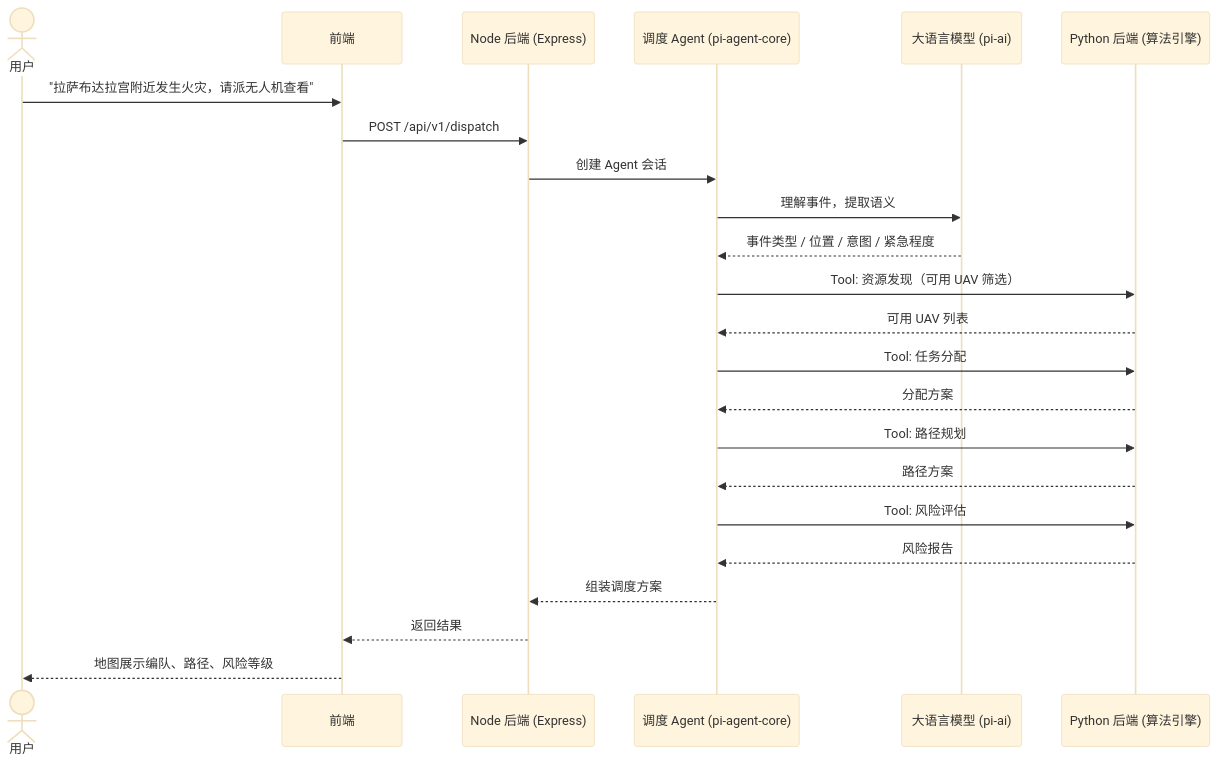
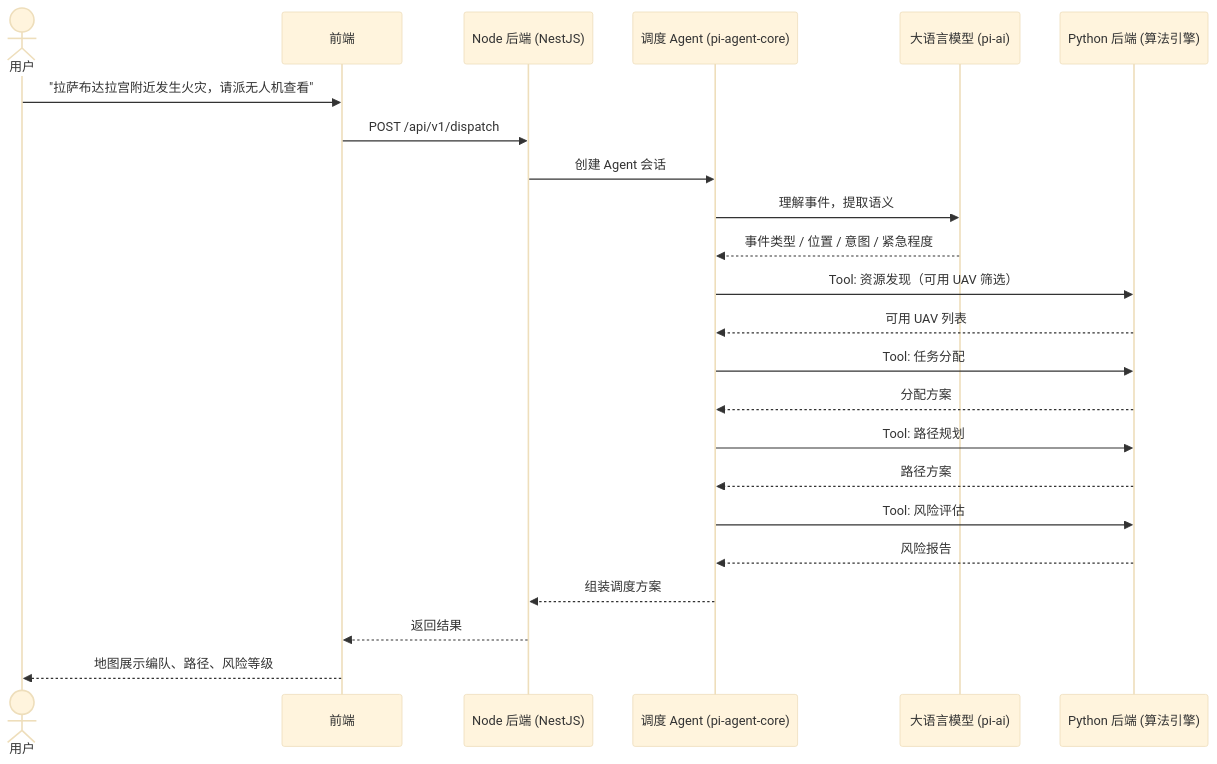
The first of 2 diagrams in docs/architecture/decisions/后端技术选型建议.md (909347194/ST-Risk-For-UAV), drawn with Mermaid (base theme) before and after one commit. The commit also changed other lines of this file and 51 other files, not shown here.

````diff
--- a/docs/architecture/decisions/后端技术选型建议.md
+++ b/docs/architecture/decisions/后端技术选型建议.md
@@ -108,32 +111,32 @@
 ```mermaid
 sequenceDiagram
     actor User as 用户
     participant FE as 前端
-    participant Node as Node 后端 (Express)
+    participant Node as Node 后端 (NestJS)
     participant Agent as 调度 Agent (pi-agent-core)
     participant LLM as 大语言模型 (pi-ai)
     participant Py as Python 后端 (算法引擎)
 
     User->>FE: "拉萨布达拉宫附近发生火灾，请派无人机查看"
     FE->>Node: POST /api/v1/dispatch
 
     Node->>Agent: 创建 Agent 会话
     Agent->>LLM: 理解事件，提取语义
     LLM-->>Agent: 事件类型 / 位置 / 意图 / 紧急程度
 
     Agent->>Py: Tool: 资源发现（可用 UAV 筛选）
     Py-->>Agent: 可用 UAV 列表
 
     Agent->>Py: Tool: 任务分配
     Py-->>Agent: 分配方案
 
     Agent->>Py: Tool: 路径规划
     Py-->>Agent: 路径方案
 
     Agent->>Py: Tool: 风险评估
     Py-->>Agent: 风险报告
 
     Agent-->>Node: 组装调度方案
     Node-->>FE: 返回结果
     FE-->>User: 地图展示编队、路径、风险等级
 ```
````
